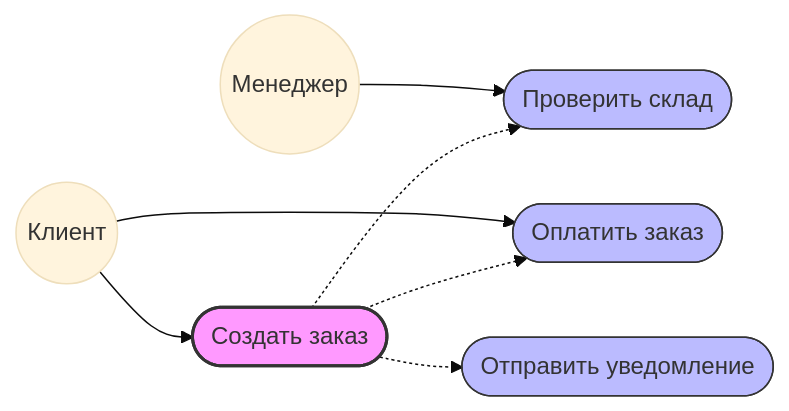
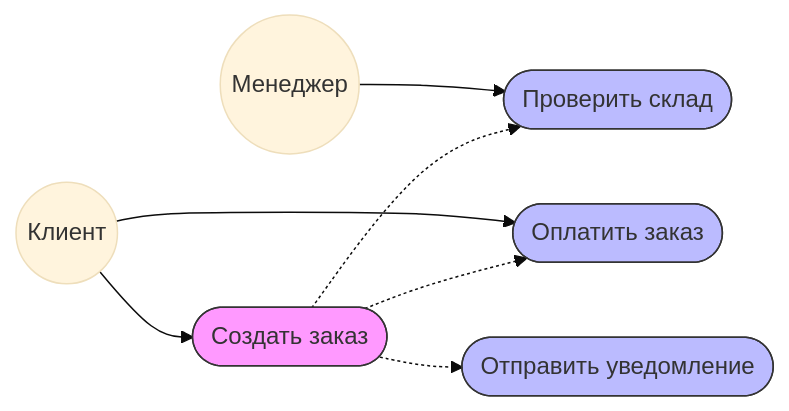
One commit to nikitaOsipof/TP changed the second of 4 diagrams in README.md. Above: the diagram before and after it, drawn with Mermaid (base theme). The commit also changed other lines of this file, not shown here.

````diff
--- a/README.md
+++ b/README.md
@@ -69,23 +42,23 @@
 ```mermaid
 flowchart LR
     User((Клиент))
     Manager((Менеджер))
 
     UC1([Создать заказ])
     UC2([Проверить склад])
     UC3([Оплатить заказ])
     UC4([Отправить уведомление])
 
     User --> UC1
     User --> UC3
     Manager --> UC2
 
     UC1 -.-> UC2
     UC1 -.-> UC3
     UC1 -.-> UC4
 
-    style UC1 fill:#f9f,stroke:#333,stroke-width:2px
-    style UC2 fill:#bbf,stroke:#333,stroke-width:1px
-    style UC3 fill:#bbf,stroke:#333,stroke-width:1px
-    style UC4 fill:#bbf,stroke:#333,stroke-width:1px
+    style UC1 fill:#f9f,stroke:#333
+    style UC2 fill:#bbf,stroke:#333
+    style UC3 fill:#bbf,stroke:#333
+    style UC4 fill:#bbf,stroke:#333
 ```
````
